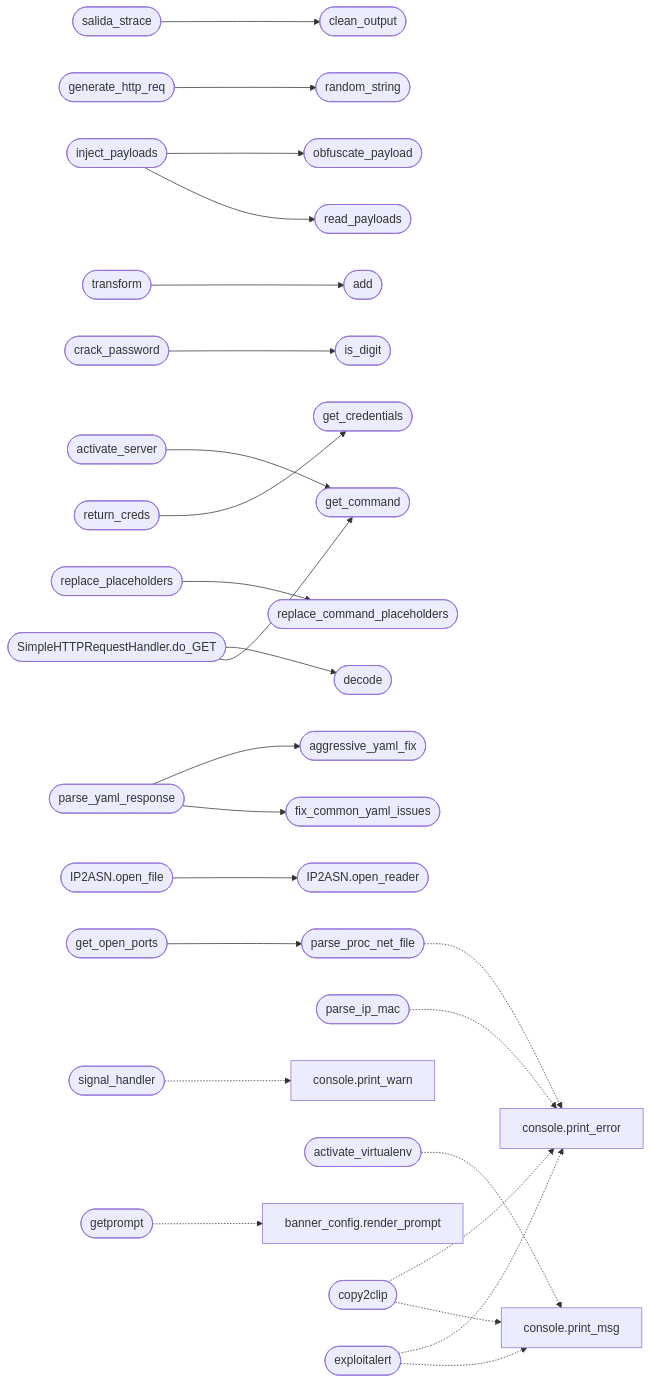
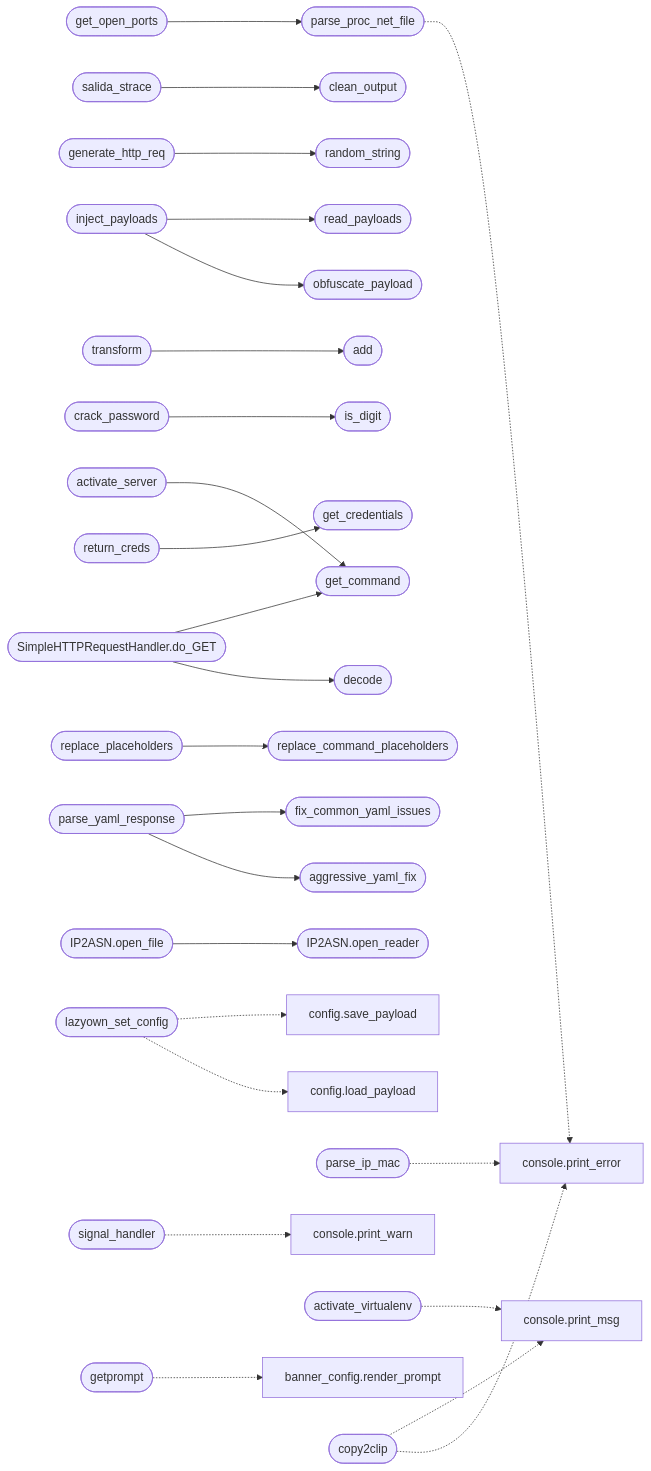
One commit to grisuno/LazyOwn changed the second of 2 diagrams in readmenator-apidocs/modules/utils.py.md. Above: the diagram before and after it, drawn with Mermaid. The commit also changed other lines of this file and 203 other files, not shown here.

````diff
--- a/readmenator-apidocs/modules/utils.py.md
+++ b/readmenator-apidocs/modules/utils.py.md
@@ -55,63 +55,65 @@
 ```mermaid
 flowchart LR
     n_utils_py__get_open_ports(["get_open_ports"])
     n_utils_py__parse_proc_net_file(["parse_proc_net_file"])
     n_utils_py__salida_strace(["salida_strace"])
     n_utils_py__clean_output(["clean_output"])
     n_utils_py__generate_http_req(["generate_http_req"])
     n_utils_py__random_string(["random_string"])
     n_utils_py__inject_payloads(["inject_payloads"])
     n_utils_py__obfuscate_payload(["obfuscate_payload"])
     n_utils_py__read_payloads(["read_payloads"])
     n_utils_py__transform(["transform"])
     n_utils_py__add(["add"])
     n_utils_py__crack_password(["crack_password"])
     n_utils_py__is_digit(["is_digit"])
     n_utils_py__activate_server(["activate_server"])
     n_utils_py__get_command(["get_command"])
     n_utils_py__return_creds(["return_creds"])
     n_utils_py__get_credentials(["get_credentials"])
     n_utils_py__replace_placeholders(["replace_placeholders"])
     n_utils_py__replace_command_placeholders(["replace_command_placeholders"])
     n_utils_py__parse_yaml_response(["parse_yaml_response"])
     n_utils_py__aggressive_yaml_fix(["aggressive_yaml_fix"])
     n_utils_py__fix_common_yaml_issues(["fix_common_yaml_issues"])
     n_utils_py__SimpleHTTPRequestHandler_do_GET(["SimpleHTTPRequestHandler.do_GET"])
     n_utils_py__decode(["decode"])
     n_utils_py__IP2ASN_open_file(["IP2ASN.open_file"])
     n_utils_py__IP2ASN_open_reader(["IP2ASN.open_reader"])
+    n_utils_py__lazyown_set_config(["lazyown_set_config"])
+    n_core_config_py__load_payload["config.load_payload"]
+    n_core_config_py__save_payload["config.save_payload"]
     n_utils_py__parse_ip_mac(["parse_ip_mac"])
     n_core_console_py__print_error["console.print_error"]
     n_utils_py__signal_handler(["signal_handler"])
     n_core_console_py__print_warn["console.print_warn"]
     n_utils_py__activate_virtualenv(["activate_virtualenv"])
     n_core_console_py__print_msg["console.print_msg"]
     n_utils_py__getprompt(["getprompt"])
     n_cli_banner_config_py__render_prompt["banner_config.render_prompt"]
     n_utils_py__copy2clip(["copy2clip"])
-    n_utils_py__exploitalert(["exploitalert"])
     n_utils_py__get_open_ports --> n_utils_py__parse_proc_net_file
     n_utils_py__salida_strace --> n_utils_py__clean_output
     n_utils_py__generate_http_req --> n_utils_py__random_string
     n_utils_py__inject_payloads --> n_utils_py__obfuscate_payload
     n_utils_py__inject_payloads --> n_utils_py__read_payloads
     n_utils_py__transform --> n_utils_py__add
     n_utils_py__crack_password --> n_utils_py__is_digit
     n_utils_py__activate_server --> n_utils_py__get_command
     n_utils_py__return_creds --> n_utils_py__get_credentials
     n_utils_py__replace_placeholders --> n_utils_py__replace_command_placeholders
     n_utils_py__parse_yaml_response --> n_utils_py__aggressive_yaml_fix
     n_utils_py__parse_yaml_response --> n_utils_py__fix_common_yaml_issues
     n_utils_py__SimpleHTTPRequestHandler_do_GET --> n_utils_py__decode
     n_utils_py__SimpleHTTPRequestHandler_do_GET --> n_utils_py__get_command
     n_utils_py__IP2ASN_open_file --> n_utils_py__IP2ASN_open_reader
+    n_utils_py__lazyown_set_config -.-> n_core_config_py__load_payload
+    n_utils_py__lazyown_set_config -.-> n_core_config_py__save_payload
     n_utils_py__parse_ip_mac -.-> n_core_console_py__print_error
     n_utils_py__signal_handler -.-> n_core_console_py__print_warn
     n_utils_py__activate_virtualenv -.-> n_core_console_py__print_msg
     n_utils_py__parse_proc_net_file -.-> n_core_console_py__print_error
     n_utils_py__getprompt -.-> n_cli_banner_config_py__render_prompt
     n_utils_py__copy2clip -.-> n_core_console_py__print_error
     n_utils_py__copy2clip -.-> n_core_console_py__print_msg
-    n_utils_py__exploitalert -.-> n_core_console_py__print_error
-    n_utils_py__exploitalert -.-> n_core_console_py__print_msg
 ```
````
